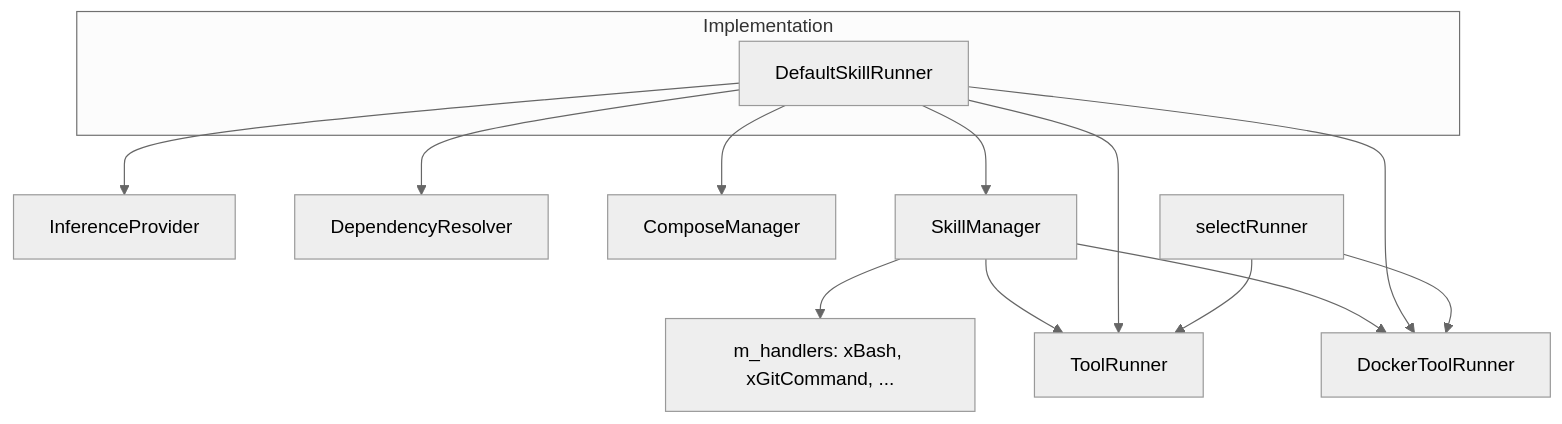
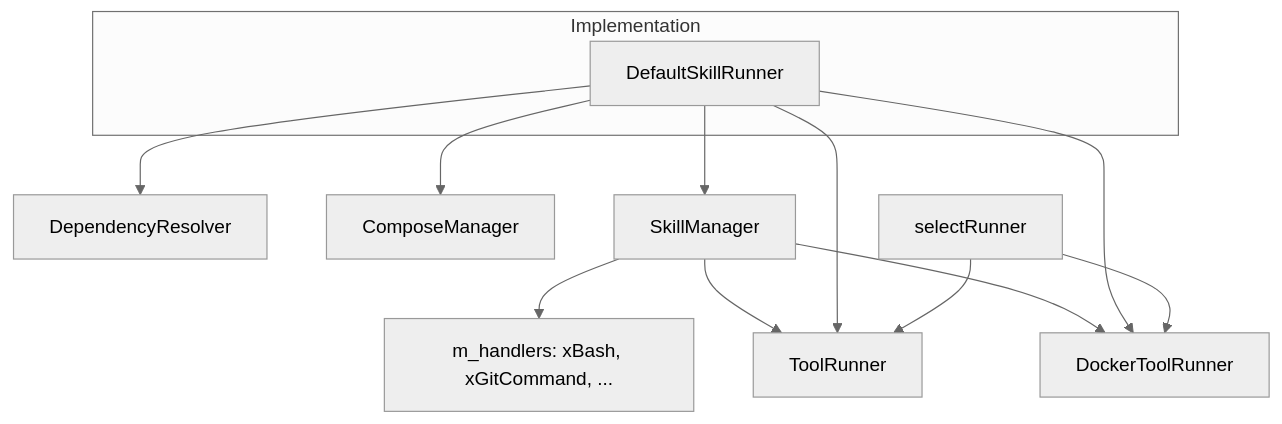
Before and after one commit to opensassi/a0: the first of 2 diagrams in src/skill_runner.spec.md, drawn with Mermaid (neutral theme). The commit also changed other lines of this file and 50 other files, not shown here.

````diff
--- a/src/skill_runner.spec.md
+++ b/src/skill_runner.spec.md
@@ -99,19 +97,18 @@
 ```mermaid
 graph TB
     subgraph Implementation
         DSR[DefaultSkillRunner]
     end
 
-    DSR --> IP[InferenceProvider]
     DSR --> DR[DependencyResolver]
     DSR --> CM[ComposeManager]
     DSR --> SM[SkillManager]
     SM --> HANDLERS[m_handlers: xBash, xGitCommand, ...]
     SM --> TR[ToolRunner]
     SM --> DTR[DockerToolRunner]
 
     DSR --> TR
     DSR --> DTR
     selectRunner --> TR
     selectRunner --> DTR
 ```
````
